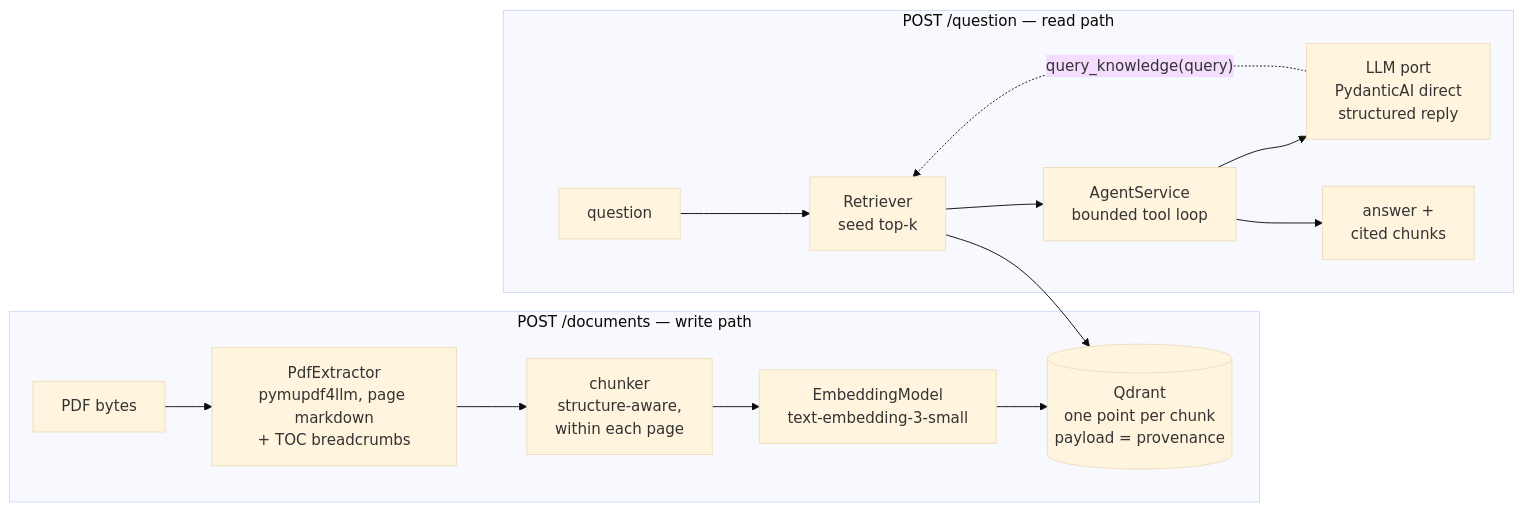
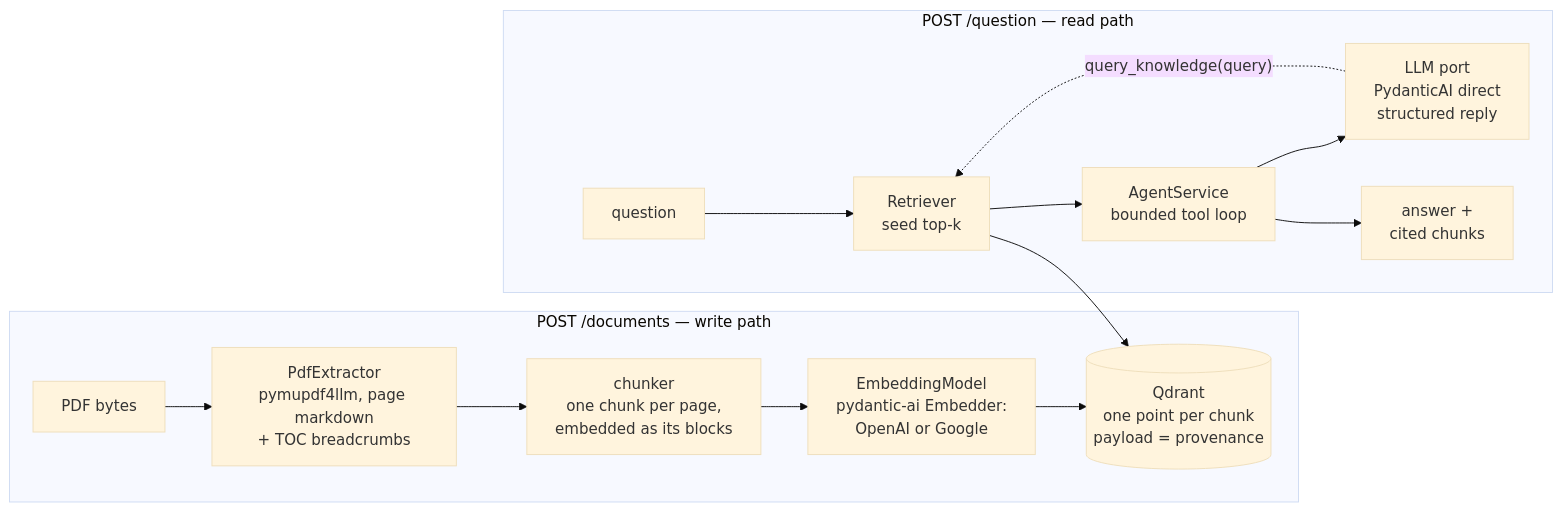
Before and after one commit to Vipigal/rag-ai-agent: the diagram in README.md, drawn with Mermaid (base theme). The commit also changed other lines of this file and 57 other files, not shown here.

````diff
--- a/README.md
+++ b/README.md
@@ -112,17 +112,17 @@
 ```mermaid
 flowchart LR
   subgraph ingest["POST /documents — write path"]
     P[PDF bytes] --> X["PdfExtractor<br/>pymupdf4llm, page markdown<br/>+ TOC breadcrumbs"]
-    X --> C["chunker<br/>structure-aware,<br/>within each page"]
-    C --> E["EmbeddingModel<br/>text-embedding-3-small"]
+    X --> C["chunker<br/>one chunk per page,<br/>embedded as its blocks"]
+    C --> E["EmbeddingModel<br/>pydantic-ai Embedder:<br/>OpenAI or Google"]
     E --> Q[("Qdrant<br/>one point per chunk<br/>payload = provenance")]
   end
   subgraph ask["POST /question — read path"]
     U[question] --> R["Retriever<br/>seed top-k"]
     R --> A["AgentService<br/>bounded tool loop"]
     A --> L["LLM port<br/>PydanticAI direct<br/>structured reply"]
     L -. "query_knowledge(query)" .-> R
     A --> O["answer +<br/>cited chunks"]
   end
   R --> Q
 ```
````
